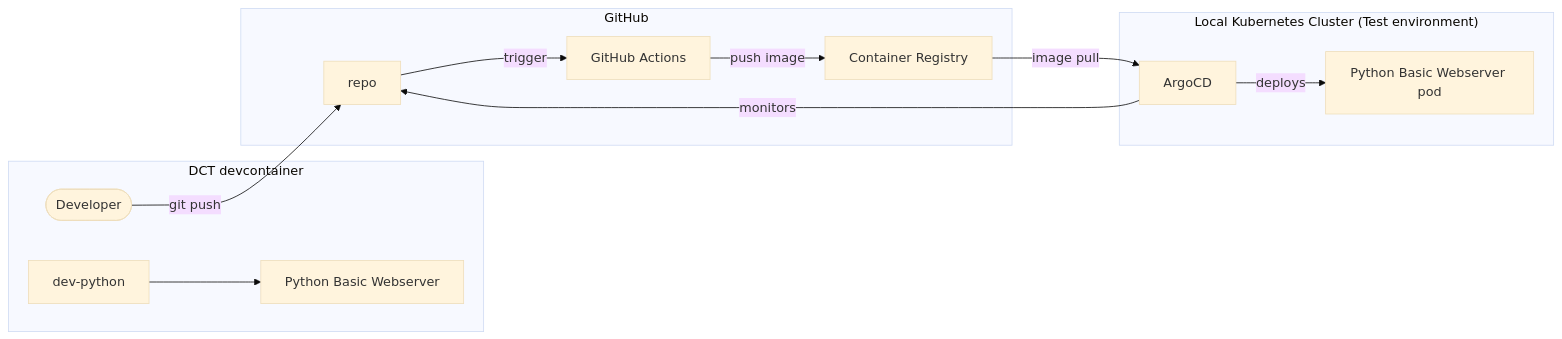
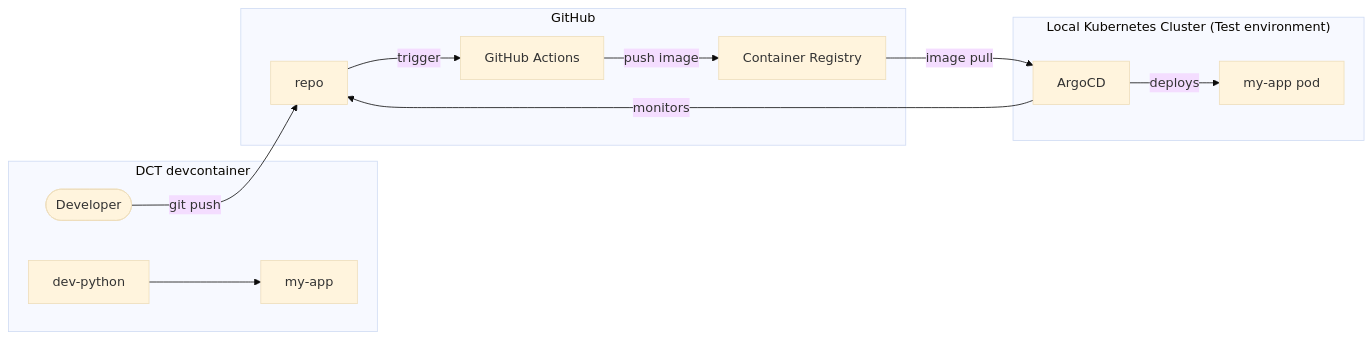
Before and after one commit to helpers-no/dev-templates: the diagram in website/docs/templates/basic-web-server/python-basic-webserver.mdx, drawn with Mermaid (base theme). The commit also changed other lines of this file and 33 other files, not shown here.

First line of the commit message:
Schema cleanup: kill summary, split quickstart, add params/prerequisites/abstracts

````diff
--- a/website/docs/templates/basic-web-server/python-basic-webserver.mdx
+++ b/website/docs/templates/basic-web-server/python-basic-webserver.mdx
@@ -44,25 +44,25 @@
 ```mermaid
 flowchart LR
     subgraph dct["DCT devcontainer"]
         dev(["Developer"])
         dev_python["dev-python"]
-        app["Python Basic Webserver"]
+        app["my-app"]
     end
     subgraph k8s["Local Kubernetes Cluster (Test environment)"]
         argo["ArgoCD"]
-        pod["Python Basic Webserver pod"]
+        pod["my-app pod"]
     end
     subgraph gh["GitHub"]
         repo["repo"]
         actions["GitHub Actions"]
         ghcr["Container Registry"]
     end
 
     dev_python --> app
     dev -->|git push| repo
     repo -->|trigger| actions
     actions -->|push image| ghcr
     argo -->|monitors| repo
     ghcr -->|image pull| argo
     argo -->|deploys| pod
 ```
````
